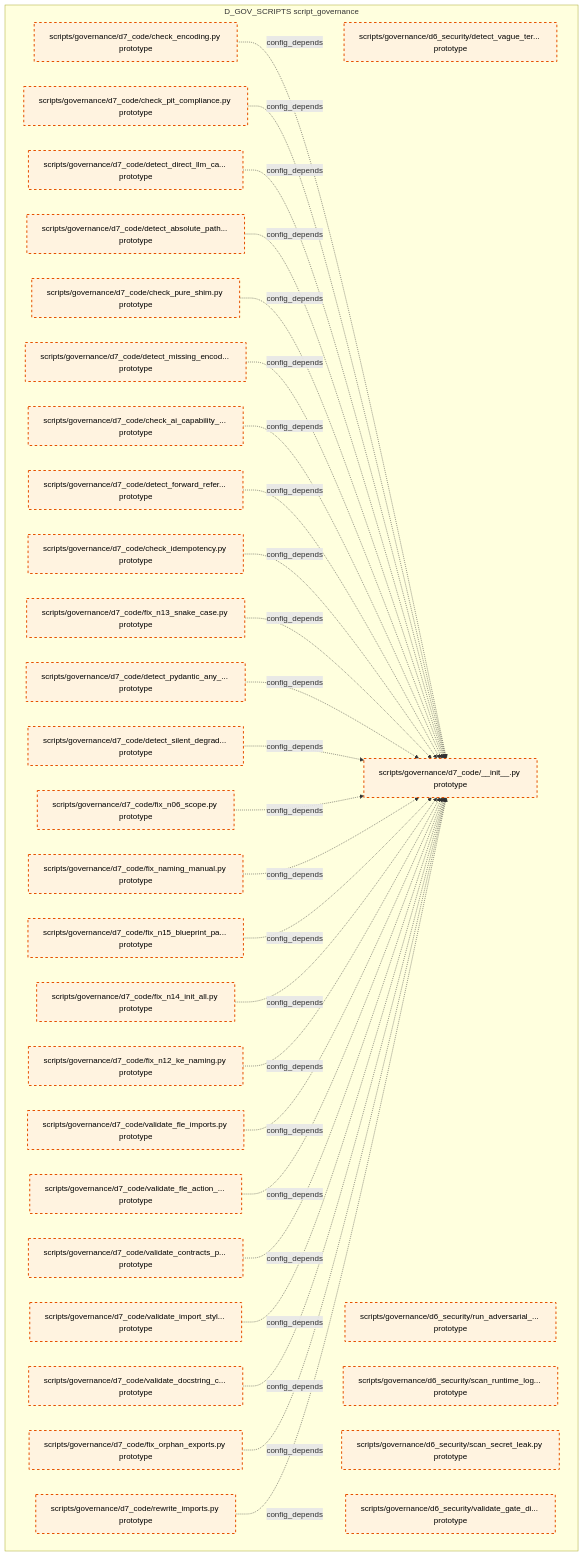
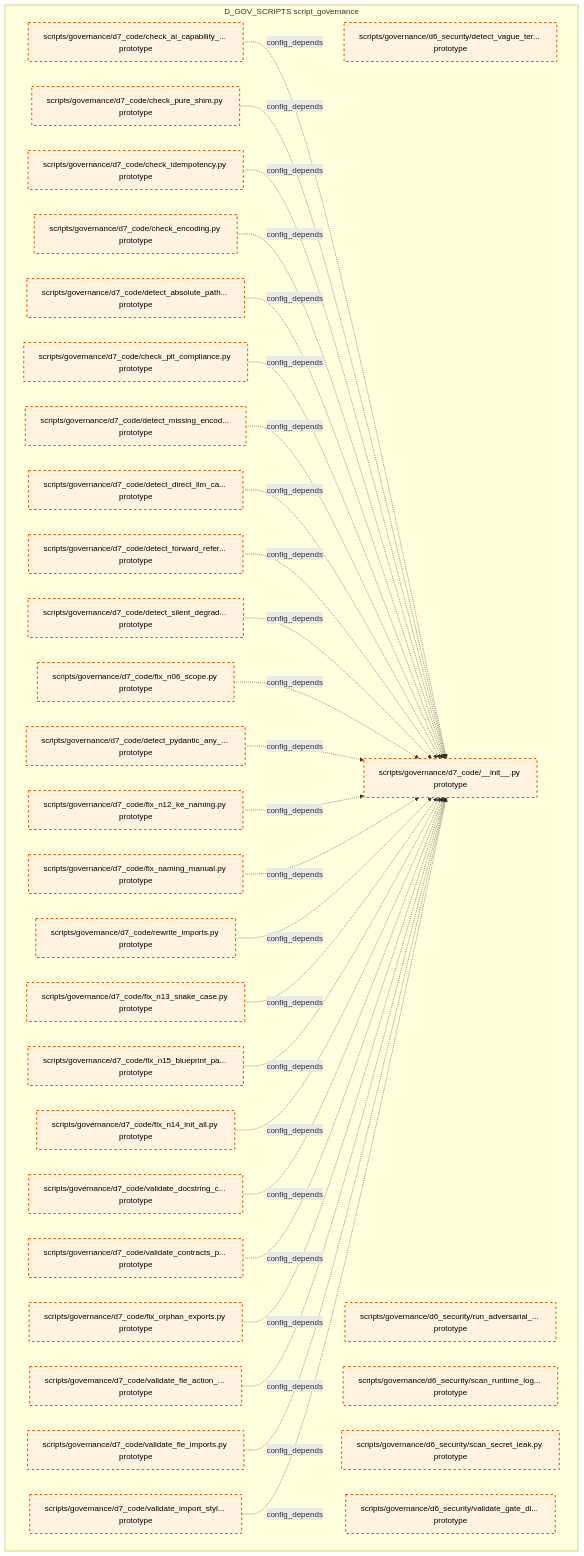
The tenth of 15 diagrams in docs/02_enterprise_architecture/02_domain_architecture_docs/37_d_gov_scripts.md (xuanFelixVan/ZephyrAlpha), drawn with Mermaid before and after one commit. The commit also changed other lines of this file and 97 other files, not shown here.

````diff
--- a/docs/02_enterprise_architecture/02_domain_architecture_docs/37_d_gov_scripts.md
+++ b/docs/02_enterprise_architecture/02_domain_architecture_docs/37_d_gov_scripts.md
@@ -695,64 +698,64 @@
 ```mermaid
 graph TD
     subgraph D_GOV_SCRIPTS["D_GOV_SCRIPTS script_governance"]
         scripts_governance_d6_security_detect_vague_terms_py["scripts/governance/d6_security/detect_vague_ter... prototype"]
         scripts_governance_d6_security_run_adversarial_checks_py["scripts/governance/d6_security/run_adversarial_... prototype"]
         scripts_governance_d6_security_scan_runtime_log_secrets_py["scripts/governance/d6_security/scan_runtime_log... prototype"]
         scripts_governance_d6_security_scan_secret_leak_py["scripts/governance/d6_security/scan_secret_leak.py prototype"]
         scripts_governance_d6_security_validate_gate_discipline_py["scripts/governance/d6_security/validate_gate_di... prototype"]
         scripts_governance_d7_code_init_py["scripts/governance/d7_code/__init__.py prototype"]
         scripts_governance_d7_code_check_ai_capability_boundary_py["scripts/governance/d7_code/check_ai_capability_... prototype"]
         scripts_governance_d7_code_check_encoding_py["scripts/governance/d7_code/check_encoding.py prototype"]
         scripts_governance_d7_code_check_idempotency_py["scripts/governance/d7_code/check_idempotency.py prototype"]
         scripts_governance_d7_code_check_pit_compliance_py["scripts/governance/d7_code/check_pit_compliance.py prototype"]
         scripts_governance_d7_code_check_pure_shim_py["scripts/governance/d7_code/check_pure_shim.py prototype"]
         scripts_governance_d7_code_detect_absolute_path_hardcoding_py["scripts/governance/d7_code/detect_absolute_path... prototype"]
         scripts_governance_d7_code_detect_direct_llm_calls_py["scripts/governance/d7_code/detect_direct_llm_ca... prototype"]
         scripts_governance_d7_code_detect_forward_reference_py["scripts/governance/d7_code/detect_forward_refer... prototype"]
         scripts_governance_d7_code_detect_missing_encoding_py["scripts/governance/d7_code/detect_missing_encod... prototype"]
         scripts_governance_d7_code_detect_pydantic_any_fields_py["scripts/governance/d7_code/detect_pydantic_any_... prototype"]
         scripts_governance_d7_code_detect_silent_degradation_py["scripts/governance/d7_code/detect_silent_degrad... prototype"]
         scripts_governance_d7_code_fix_n06_scope_py["scripts/governance/d7_code/fix_n06_scope.py prototype"]
         scripts_governance_d7_code_fix_n12_ke_naming_py["scripts/governance/d7_code/fix_n12_ke_naming.py prototype"]
         scripts_governance_d7_code_fix_n13_snake_case_py["scripts/governance/d7_code/fix_n13_snake_case.py prototype"]
         scripts_governance_d7_code_fix_n14_init_all_py["scripts/governance/d7_code/fix_n14_init_all.py prototype"]
         scripts_governance_d7_code_fix_n15_blueprint_path_py["scripts/governance/d7_code/fix_n15_blueprint_pa... prototype"]
         scripts_governance_d7_code_fix_naming_manual_py["scripts/governance/d7_code/fix_naming_manual.py prototype"]
         scripts_governance_d7_code_fix_orphan_exports_py["scripts/governance/d7_code/fix_orphan_exports.py prototype"]
         scripts_governance_d7_code_rewrite_imports_py["scripts/governance/d7_code/rewrite_imports.py prototype"]
         scripts_governance_d7_code_validate_contracts_purity_py["scripts/governance/d7_code/validate_contracts_p... prototype"]
         scripts_governance_d7_code_validate_docstring_coverage_py["scripts/governance/d7_code/validate_docstring_c... prototype"]
         scripts_governance_d7_code_validate_fle_action_metadata_py["scripts/governance/d7_code/validate_fle_action_... prototype"]
         scripts_governance_d7_code_validate_fle_imports_py["scripts/governance/d7_code/validate_fle_imports.py prototype"]
         scripts_governance_d7_code_validate_import_style_py["scripts/governance/d7_code/validate_import_styl... prototype"]
     end
+    scripts_governance_d7_code_check_ai_capability_boundary_py -.->|config_depends| scripts_governance_d7_code_init_py
+    scripts_governance_d7_code_check_pure_shim_py -.->|config_depends| scripts_governance_d7_code_init_py
+    scripts_governance_d7_code_check_idempotency_py -.->|config_depends| scripts_governance_d7_code_init_py
     scripts_governance_d7_code_check_encoding_py -.->|config_depends| scripts_governance_d7_code_init_py
+    scripts_governance_d7_code_detect_absolute_path_hardcoding_py -.->|config_depends| scripts_governance_d7_code_init_py
     scripts_governance_d7_code_check_pit_compliance_py -.->|config_depends| scripts_governance_d7_code_init_py
+    scripts_governance_d7_code_detect_missing_encoding_py -.->|config_depends| scripts_governance_d7_code_init_py
     scripts_governance_d7_code_detect_direct_llm_calls_py -.->|config_depends| scripts_governance_d7_code_init_py
-    scripts_governance_d7_code_detect_absolute_path_hardcoding_py -.->|config_depends| scripts_governance_d7_code_init_py
-    scripts_governance_d7_code_check_pure_shim_py -.->|config_depends| scripts_governance_d7_code_init_py
-    scripts_governance_d7_code_detect_missing_encoding_py -.->|config_depends| scripts_governance_d7_code_init_py
-    scripts_governance_d7_code_check_ai_capability_boundary_py -.->|config_depends| scripts_governance_d7_code_init_py
     scripts_governance_d7_code_detect_forward_reference_py -.->|config_depends| scripts_governance_d7_code_init_py
-    scripts_governance_d7_code_check_idempotency_py -.->|config_depends| scripts_governance_d7_code_init_py
-    scripts_governance_d7_code_fix_n13_snake_case_py -.->|config_depends| scripts_governance_d7_code_init_py
-    scripts_governance_d7_code_detect_pydantic_any_fields_py -.->|config_depends| scripts_governance_d7_code_init_py
     scripts_governance_d7_code_detect_silent_degradation_py -.->|config_depends| scripts_governance_d7_code_init_py
     scripts_governance_d7_code_fix_n06_scope_py -.->|config_depends| scripts_governance_d7_code_init_py
+    scripts_governance_d7_code_detect_pydantic_any_fields_py -.->|config_depends| scripts_governance_d7_code_init_py
+    scripts_governance_d7_code_fix_n12_ke_naming_py -.->|config_depends| scripts_governance_d7_code_init_py
     scripts_governance_d7_code_fix_naming_manual_py -.->|config_depends| scripts_governance_d7_code_init_py
+    scripts_governance_d7_code_rewrite_imports_py -.->|config_depends| scripts_governance_d7_code_init_py
+    scripts_governance_d7_code_fix_n13_snake_case_py -.->|config_depends| scripts_governance_d7_code_init_py
     scripts_governance_d7_code_fix_n15_blueprint_path_py -.->|config_depends| scripts_governance_d7_code_init_py
     scripts_governance_d7_code_fix_n14_init_all_py -.->|config_depends| scripts_governance_d7_code_init_py
-    scripts_governance_d7_code_fix_n12_ke_naming_py -.->|config_depends| scripts_governance_d7_code_init_py
+    scripts_governance_d7_code_validate_docstring_coverage_py -.->|config_depends| scripts_governance_d7_code_init_py
+    scripts_governance_d7_code_validate_contracts_purity_py -.->|config_depends| scripts_governance_d7_code_init_py
+    scripts_governance_d7_code_fix_orphan_exports_py -.->|config_depends| scripts_governance_d7_code_init_py
+    scripts_governance_d7_code_validate_fle_action_metadata_py -.->|config_depends| scripts_governance_d7_code_init_py
     scripts_governance_d7_code_validate_fle_imports_py -.->|config_depends| scripts_governance_d7_code_init_py
-    scripts_governance_d7_code_validate_fle_action_metadata_py -.->|config_depends| scripts_governance_d7_code_init_py
-    scripts_governance_d7_code_validate_contracts_purity_py -.->|config_depends| scripts_governance_d7_code_init_py
     scripts_governance_d7_code_validate_import_style_py -.->|config_depends| scripts_governance_d7_code_init_py
-    scripts_governance_d7_code_validate_docstring_coverage_py -.->|config_depends| scripts_governance_d7_code_init_py
-    scripts_governance_d7_code_fix_orphan_exports_py -.->|config_depends| scripts_governance_d7_code_init_py
-    scripts_governance_d7_code_rewrite_imports_py -.->|config_depends| scripts_governance_d7_code_init_py
     classDef production fill:#e1f5fe,stroke:#01579b,stroke-width:2px,color:#000
     classDef design fill:#fff3e0,stroke:#e65100,stroke-width:2px,color:#000,stroke-dasharray: 5 5
     classDef external_prod fill:#e8f5e9,stroke:#1b5e20,stroke-width:1px,color:#000
     classDef external_design fill:#fce4ec,stroke:#880e4f,stroke-width:1px,color:#000,stroke-dasharray: 5 5
     class scripts_governance_d6_security_detect_vague_terms_py,scripts_governance_d6_security_run_adversarial_checks_py,scripts_governance_d6_security_scan_runtime_log_secrets_py,scripts_governance_d6_security_scan_secret_leak_py,scripts_governance_d6_security_validate_gate_discipline_py,scripts_governance_d7_code_init_py,scripts_governance_d7_code_check_ai_capability_boundary_py,scripts_governance_d7_code_check_encoding_py,scripts_governance_d7_code_check_idempotency_py,scripts_governance_d7_code_check_pit_compliance_py,scripts_governance_d7_code_check_pure_shim_py,scripts_governance_d7_code_detect_absolute_path_hardcoding_py,scripts_governance_d7_code_detect_direct_llm_calls_py,scripts_governance_d7_code_detect_forward_reference_py,scripts_governance_d7_code_detect_missing_encoding_py,scripts_governance_d7_code_detect_pydantic_any_fields_py,scripts_governance_d7_code_detect_silent_degradation_py,scripts_governance_d7_code_fix_n06_scope_py,scripts_governance_d7_code_fix_n12_ke_naming_py,scripts_governance_d7_code_fix_n13_snake_case_py,scripts_governance_d7_code_fix_n14_init_all_py,scripts_governance_d7_code_fix_n15_blueprint_path_py,scripts_governance_d7_code_fix_naming_manual_py,scripts_governance_d7_code_fix_orphan_exports_py,scripts_governance_d7_code_rewrite_imports_py,scripts_governance_d7_code_validate_contracts_purity_py,scripts_governance_d7_code_validate_docstring_coverage_py,scripts_governance_d7_code_validate_fle_action_metadata_py,scripts_governance_d7_code_validate_fle_imports_py,scripts_governance_d7_code_validate_import_style_py design
 ```
````
